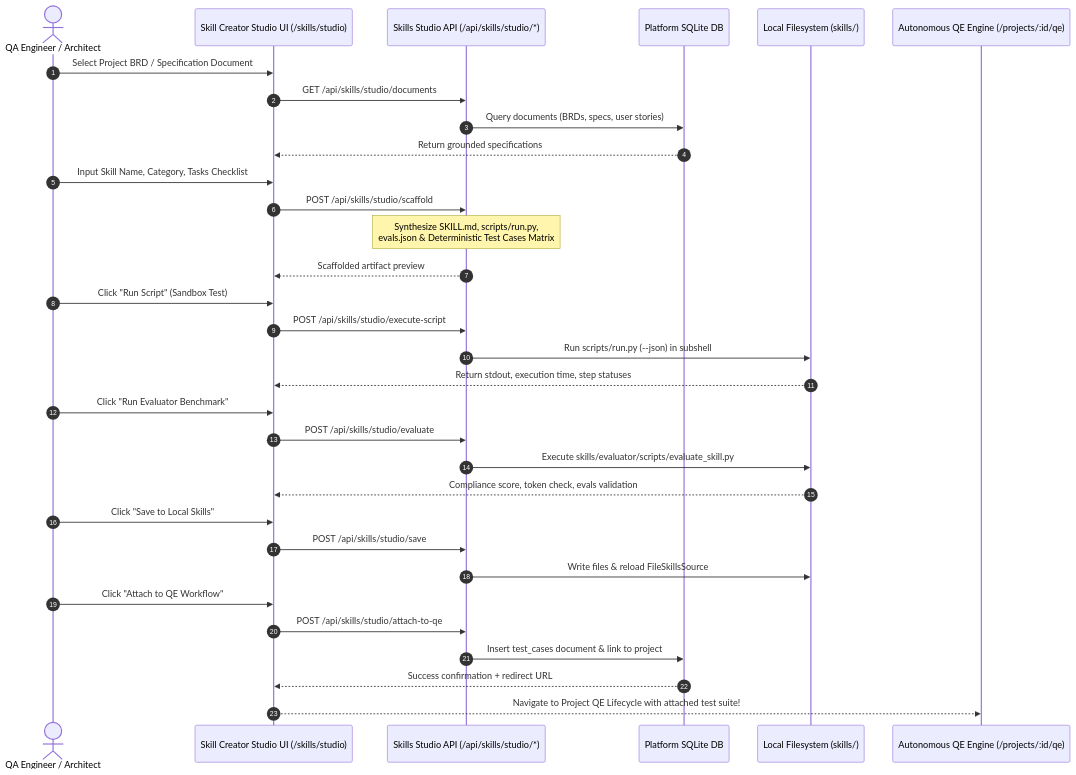
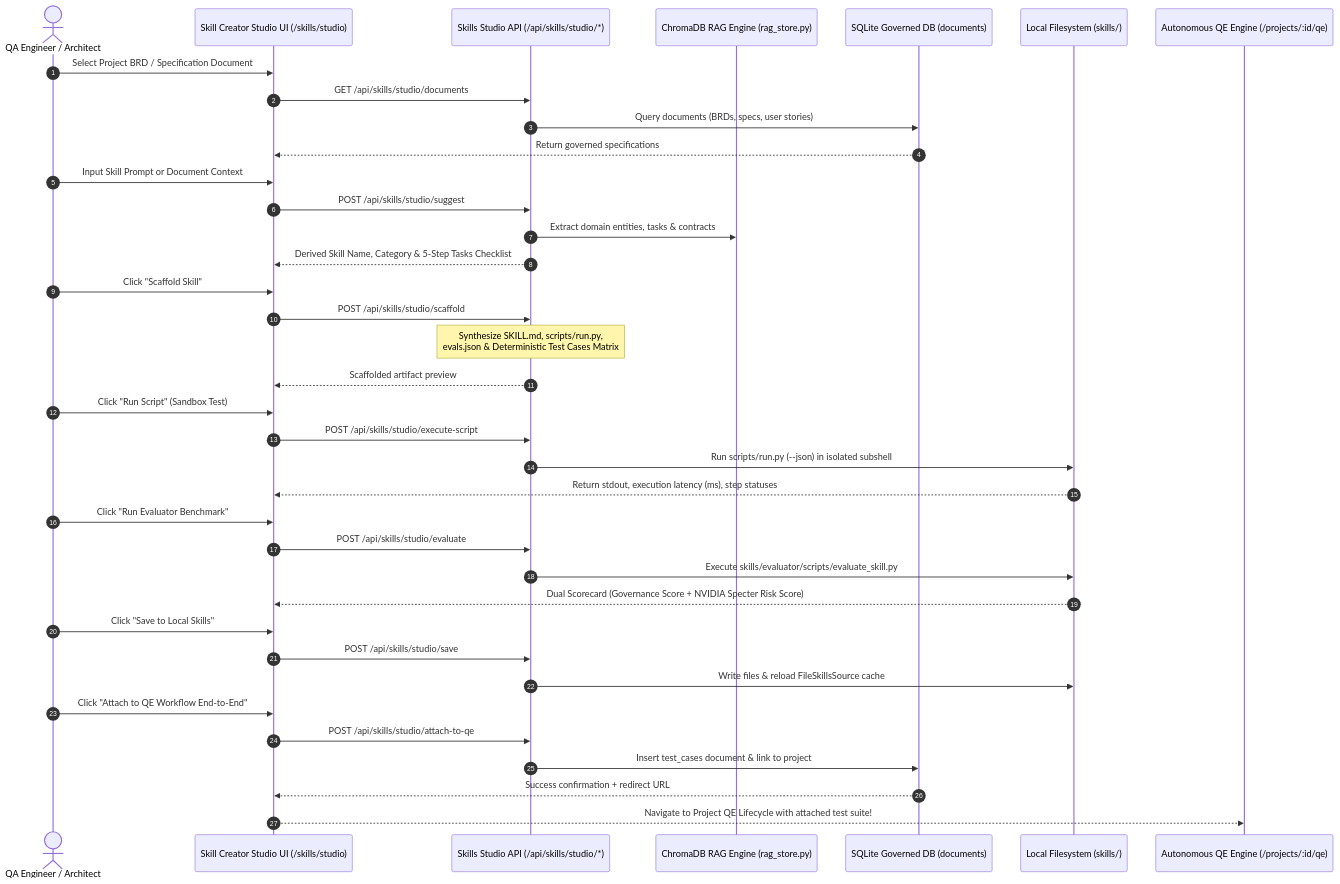
The second of 6 diagrams in docs/AGENT_SKILLS_AND_MAF_SPECIFICATION.md (sarveshtalele/agentic-harness), drawn with Mermaid before and after one commit. The commit also changed other lines of this file and 13 other files, not shown here.

Commit message:
feat(rag-specter): implement real NVIDIA Skill Specter AST audit, ChromaDB RAG vector store, live skill testing and consolidate master docs

````diff
--- a/docs/AGENT_SKILLS_AND_MAF_SPECIFICATION.md
+++ b/docs/AGENT_SKILLS_AND_MAF_SPECIFICATION.md
@@ -512,40 +528,46 @@
 ```mermaid
 sequenceDiagram
     autonumber
     actor Engineer as QA Engineer / Architect
     participant Studio as Skill Creator Studio UI (/skills/studio)
     participant API as Skills Studio API (/api/skills/studio/*)
-    participant DB as Platform SQLite DB
+    participant RAG as ChromaDB RAG Engine (rag_store.py)
+    participant DB as SQLite Governed DB (documents)
     participant FS as Local Filesystem (skills/)
     participant QE as Autonomous QE Engine (/projects/:id/qe)
 
     Engineer->>Studio: Select Project BRD / Specification Document
     Studio->>API: GET /api/skills/studio/documents
     API->>DB: Query documents (BRDs, specs, user stories)
-    DB-->>Studio: Return grounded specifications
+    DB-->>Studio: Return governed specifications
     
-    Engineer->>Studio: Input Skill Name, Category, Tasks Checklist
+    Engineer->>Studio: Input Skill Prompt or Document Context
+    Studio->>API: POST /api/skills/studio/suggest
+    API->>RAG: Extract domain entities, tasks & contracts
+    API-->>Studio: Derived Skill Name, Category & 5-Step Tasks Checklist
+    
+    Engineer->>Studio: Click "Scaffold Skill"
     Studio->>API: POST /api/skills/studio/scaffold
     Note over API: Synthesize SKILL.md, scripts/run.py,<br/>evals.json & Deterministic Test Cases Matrix
     API-->>Studio: Scaffolded artifact preview
     
     Engineer->>Studio: Click "Run Script" (Sandbox Test)
     Studio->>API: POST /api/skills/studio/execute-script
-    API->>FS: Run scripts/run.py (--json) in subshell
-    FS-->>Studio: Return stdout, execution time, step statuses
+    API->>FS: Run scripts/run.py (--json) in isolated subshell
+    FS-->>Studio: Return stdout, execution latency (ms), step statuses
     
     Engineer->>Studio: Click "Run Evaluator Benchmark"
     Studio->>API: POST /api/skills/studio/evaluate
     API->>FS: Execute skills/evaluator/scripts/evaluate_skill.py
-    FS-->>Studio: Compliance score, token check, evals validation
+    FS-->>Studio: Dual Scorecard (Governance Score + NVIDIA Specter Risk Score)
     
     Engineer->>Studio: Click "Save to Local Skills"
     Studio->>API: POST /api/skills/studio/save
-    API->>FS: Write files & reload FileSkillsSource
+    API->>FS: Write files & reload FileSkillsSource cache
     
-    Engineer->>Studio: Click "Attach to QE Workflow"
+    Engineer->>Studio: Click "Attach to QE Workflow End-to-End"
     Studio->>API: POST /api/skills/studio/attach-to-qe
     API->>DB: Insert test_cases document & link to project
     DB-->>Studio: Success confirmation + redirect URL
     Studio-->>QE: Navigate to Project QE Lifecycle with attached test suite!
 ```
````
